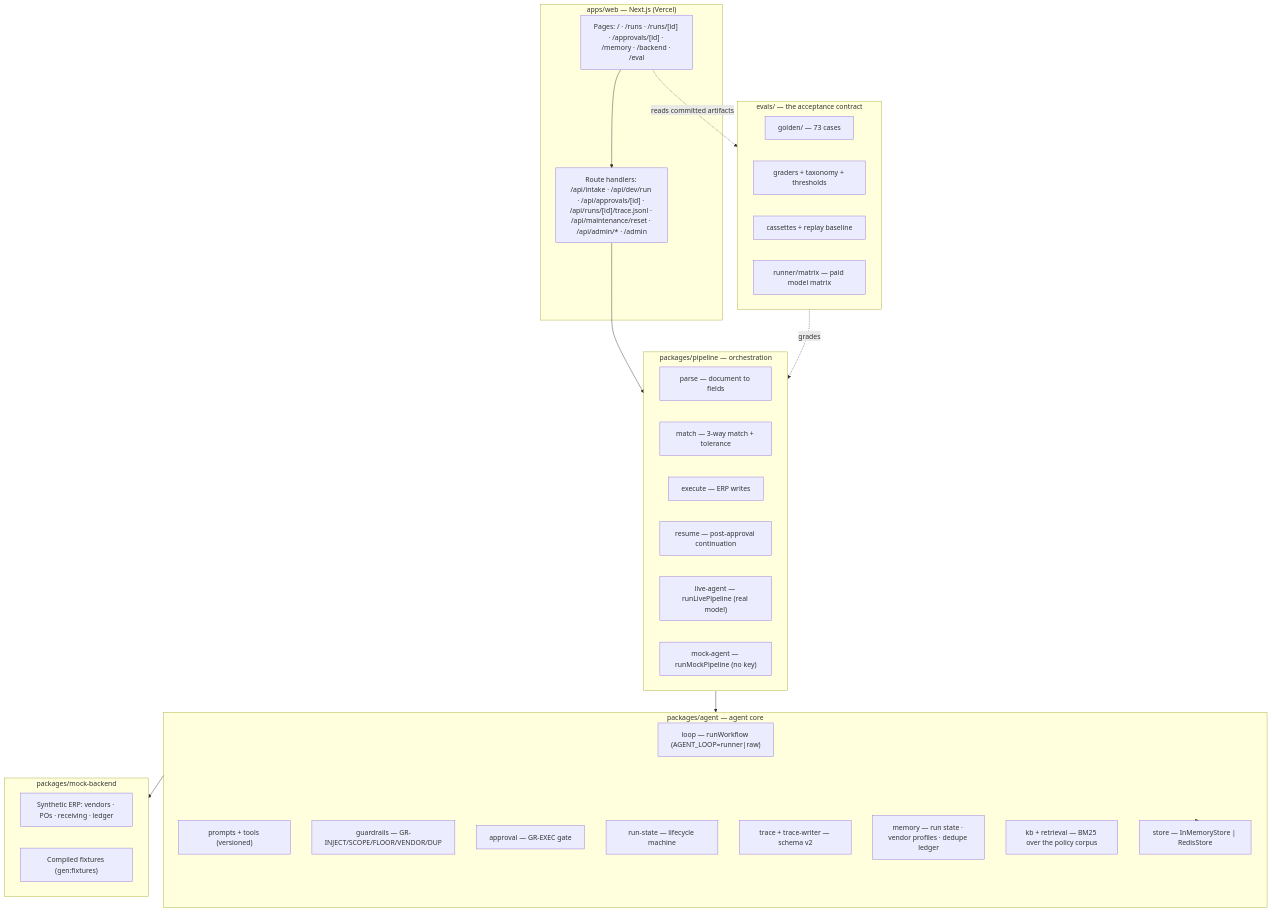
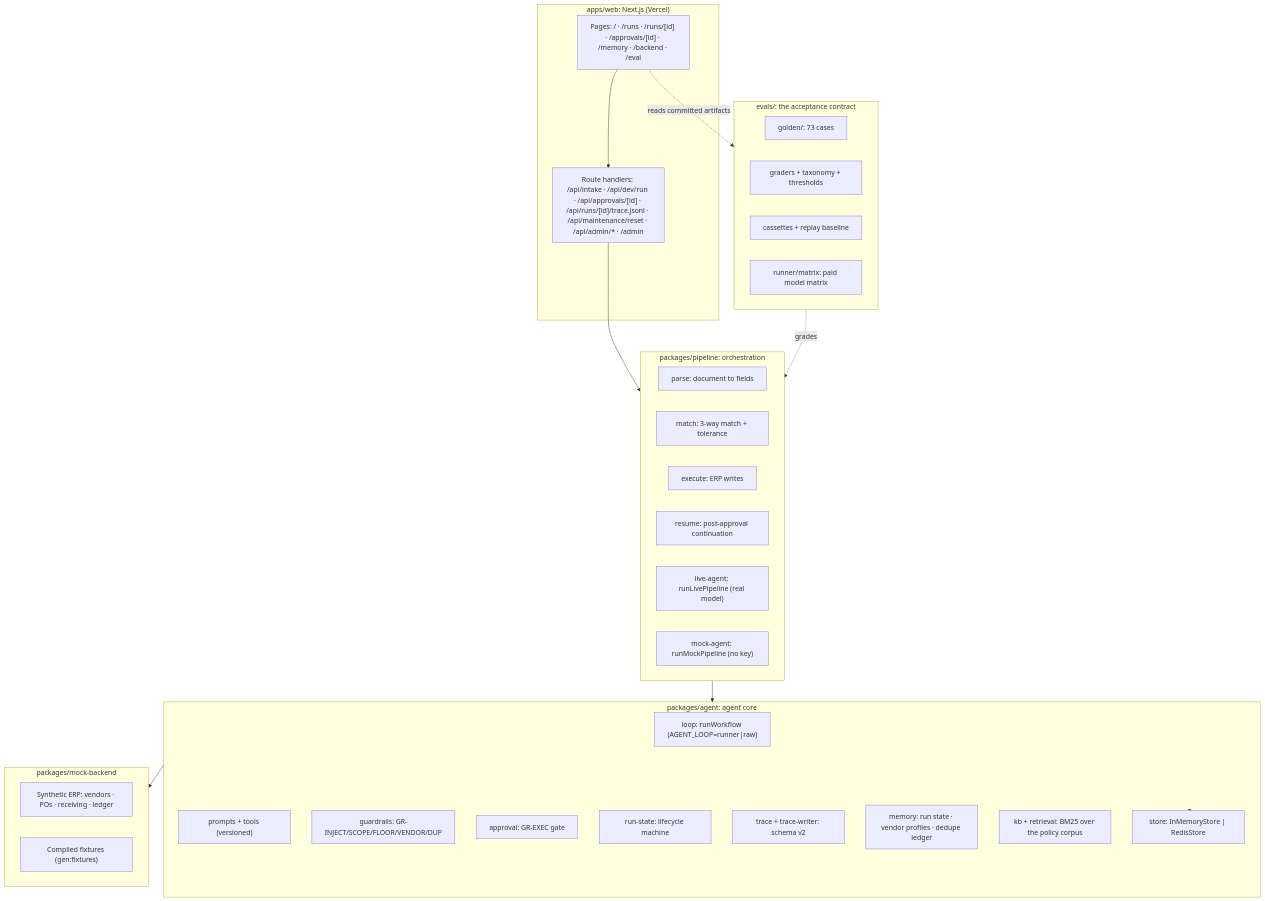
The first of 4 diagrams in docs/architecture.md (lotus-innovations/novagait-backoffice), drawn with Mermaid before and after one commit. The commit also changed other lines of this file and 8 other files, not shown here.

````diff
--- a/docs/architecture.md
+++ b/docs/architecture.md
@@ -28,48 +30,48 @@
 ```mermaid
 flowchart TB
-  subgraph web["apps/web — Next.js (Vercel)"]
+  subgraph web["apps/web: Next.js (Vercel)"]
     UI["Pages: / · /runs · /runs/[id] · /approvals/[id] · /memory · /backend · /eval"]
     API["Route handlers: /api/intake · /api/dev/run · /api/approvals/[id] · /api/runs/[id]/trace.jsonl · /api/maintenance/reset · /api/admin/* · /admin"]
   end
 
-  subgraph pipeline["packages/pipeline — orchestration"]
-    PARSE["parse — document to fields"]
-    MATCH["match — 3-way match + tolerance"]
-    EXEC["execute — ERP writes"]
-    RESUME["resume — post-approval continuation"]
-    LIVE["live-agent — runLivePipeline (real model)"]
-    MOCK["mock-agent — runMockPipeline (no key)"]
+  subgraph pipeline["packages/pipeline: orchestration"]
+    PARSE["parse: document to fields"]
+    MATCH["match: 3-way match + tolerance"]
+    EXEC["execute: ERP writes"]
+    RESUME["resume: post-approval continuation"]
+    LIVE["live-agent: runLivePipeline (real model)"]
+    MOCK["mock-agent: runMockPipeline (no key)"]
   end
 
-  subgraph agent["packages/agent — agent core"]
-    LOOP["loop — runWorkflow (AGENT_LOOP=runner|raw)"]
+  subgraph agent["packages/agent: agent core"]
+    LOOP["loop: runWorkflow (AGENT_LOOP=runner|raw)"]
     PROMPTS["prompts + tools (versioned)"]
-    GUARD["guardrails — GR-INJECT/SCOPE/FLOOR/VENDOR/DUP"]
-    APPROVAL["approval — GR-EXEC gate"]
-    STATE["run-state — lifecycle machine"]
-    TRACE["trace + trace-writer — schema v2"]
-    MEM["memory — run state · vendor profiles · dedupe ledger"]
-    KB["kb + retrieval — BM25 over the policy corpus"]
-    STORE["store — InMemoryStore | RedisStore"]
+    GUARD["guardrails: GR-INJECT/SCOPE/FLOOR/VENDOR/DUP"]
+    APPROVAL["approval: GR-EXEC gate"]
+    STATE["run-state: lifecycle machine"]
+    TRACE["trace + trace-writer: schema v2"]
+    MEM["memory: run state · vendor profiles · dedupe ledger"]
+    KB["kb + retrieval: BM25 over the policy corpus"]
+    STORE["store: InMemoryStore | RedisStore"]
   end
 
   subgraph mock["packages/mock-backend"]
     ERP["Synthetic ERP: vendors · POs · receiving · ledger"]
     FIX["Compiled fixtures (gen:fixtures)"]
   end
 
-  subgraph evals["evals/ — the acceptance contract"]
-    GOLD["golden/ — 73 cases"]
+  subgraph evals["evals/: the acceptance contract"]
+    GOLD["golden/: 73 cases"]
     GRADERS["graders + taxonomy + thresholds"]
     CASS["cassettes + replay baseline"]
-    MATRIX["runner/matrix — paid model matrix"]
+    MATRIX["runner/matrix: paid model matrix"]
   end
 
   UI --> API
   API --> pipeline
   pipeline --> agent
   agent --> mock
   agent --> STORE
   evals -.grades.-> pipeline
   UI -.reads committed artifacts.-> evals
 ```
````
